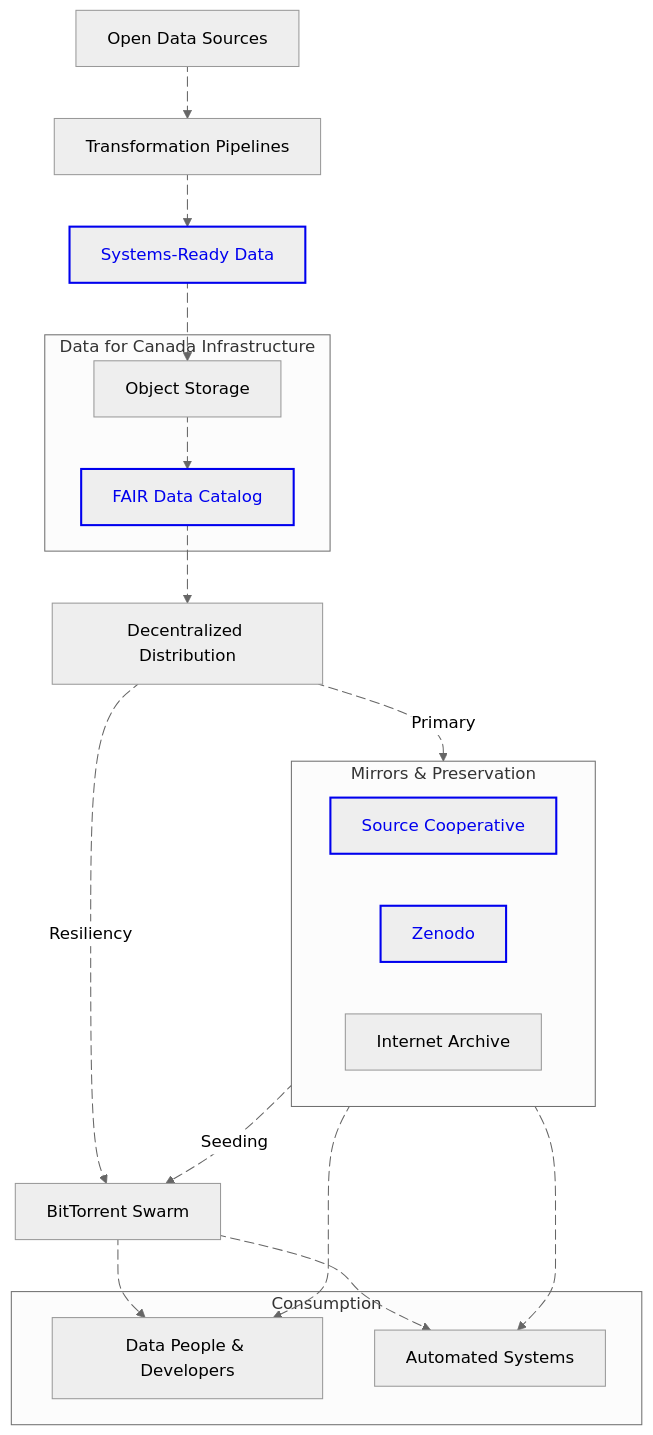
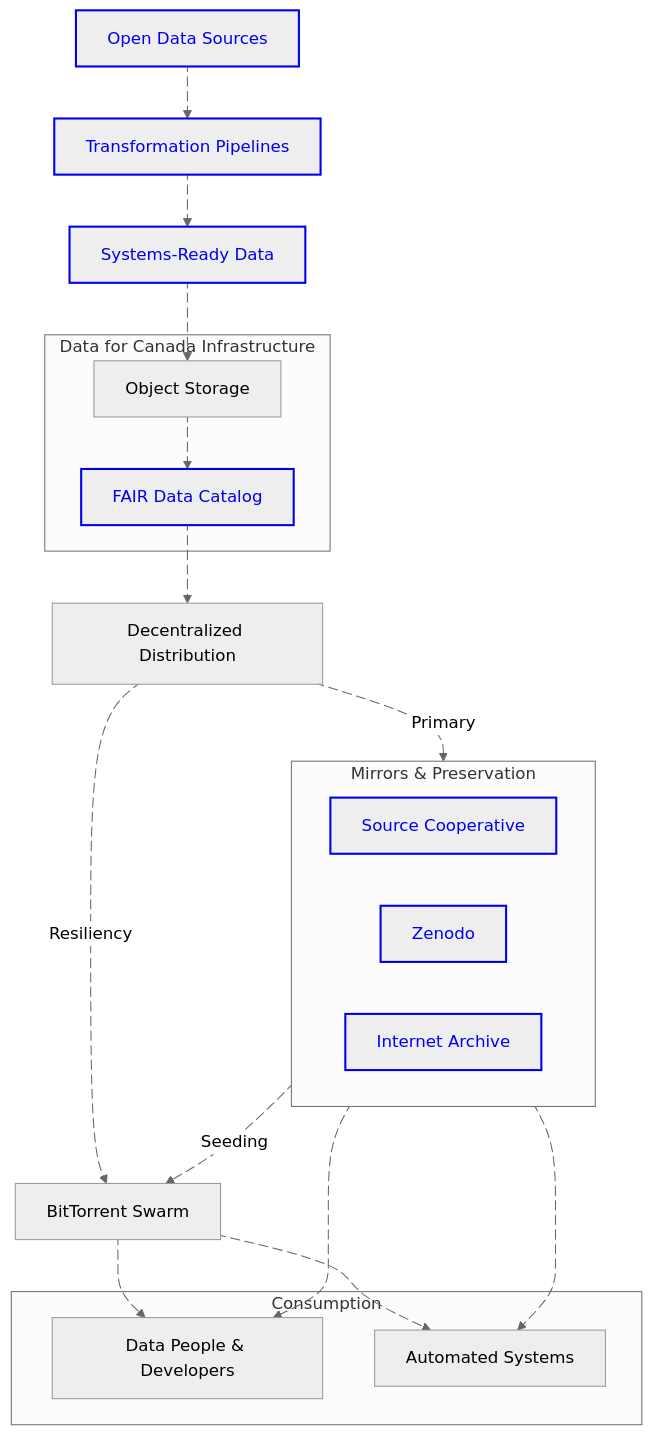
One commit to dataforcanada/www.dataforcanada.org changed the first of 2 diagrams in content/docs/dissemination/_index.md. Above: the diagram before and after it, drawn with Mermaid (neutral theme).

Commit message:
Update data dissemination strategy high-level overview diagram, added URLs

````diff
--- a/content/docs/dissemination/_index.md
+++ b/content/docs/dissemination/_index.md
@@ -14,75 +14,78 @@
 ```mermaid
 flowchart TD
     classDef linkNode stroke:#0000EE,color:#0000EE,stroke-width:2px;
     subgraph mirrors [Mirrors & Preservation]
         SourceCoop[Source Cooperative]
         Zenodo[Zenodo]
         InternetArchive[Internet Archive]
     end
 
     Sources[Open Data Sources]
     Processes[Transformation Pipelines]
     Artifacts[Systems-Ready Data]
     
     subgraph CoreInfra [Data for Canada Infrastructure]
         Portal[Object Storage]
         Metadata[FAIR Data Catalog]
     end
     
     Distribution[Decentralized Distribution]
     Torrent[BitTorrent Swarm]
     
     subgraph Consumers [Consumption]
         Users[Data People & Developers]
         Systems[Automated Systems]
     end
 
     %% Flow with Animations
     Sources a1@--> Processes
     a1@{animate: true, animation: slow}
     
     Processes a2@--> Artifacts
     a2@{animate: true, animation: slow}
     
     Artifacts a3@--> Portal
     a3@{animate: true, animation: slow}
     
     Portal a4@--> Metadata
     a4@{animate: true, animation: fast}
     
     Metadata a5@--> Distribution
     a5@{animate: true, animation: fast}
 
     %% Distribution Logic
     Distribution a7@-.->|Primary| mirrors
     a7@{animate: true, animation: slow}
     
     Distribution a8@-.->|Resiliency| Torrent
     a8@{animate: true, animation: slow}
 
     %% Mirror Connections
     mirrors a12@--> Users
     a12@{animate: true, animation: slow}
     
     mirrors a13@--> Systems
     a13@{animate: true, animation: slow}
     
     mirrors a9@-.->|Seeding| Torrent
     a9@{animate: true, animation: fast}
 
     %% Torrent Connections
     Torrent a10@--> Users
     a10@{animate: true, animation: fast}
     
     Torrent a11@--> Systems
     a11@{animate: true, animation: fast}
 
     %% Click Actions
-    click Artifacts "/docs/processes/" _blank
+    click Sources "https://www.dataforcanada.org/#high-level-overview/" _blank
+    click Processes "https://www.dataforcanada.org/docs/processes/" _blank
+    click Artifacts "https://www.dataforcanada.org/docs/getting_started/" _blank
     click Metadata "https://stac-utils.github.io/stac-geoparquet/latest/spec/stac-geoparquet-spec/" _blank
     click Zenodo "https://zenodo.org/communities/dataforcanada/" _blank
     click SourceCoop "https://source.coop/dataforcanada/" _blank
+    click InternetArchive "https://archive.org/details/@diegoripley/uploads/" _blank
 
     %% APPLY STYLES TO LINKED NODES
-    class Artifacts,Metadata,Zenodo,SourceCoop linkNode
+    class Sources,Processes,Artifacts,Metadata,SourceCoop,Zenodo,InternetArchive linkNode
 ```
````
